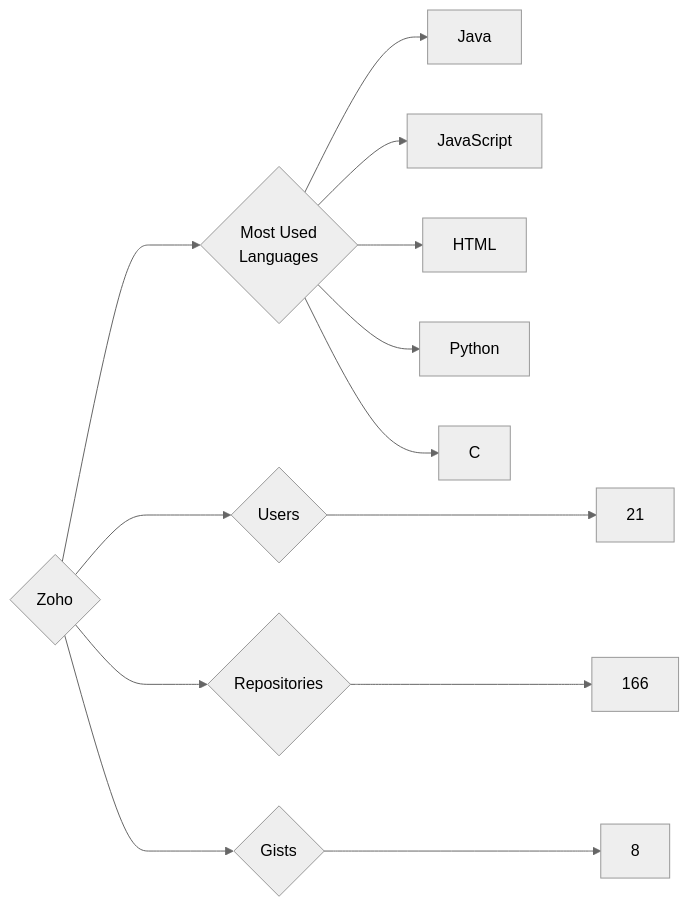
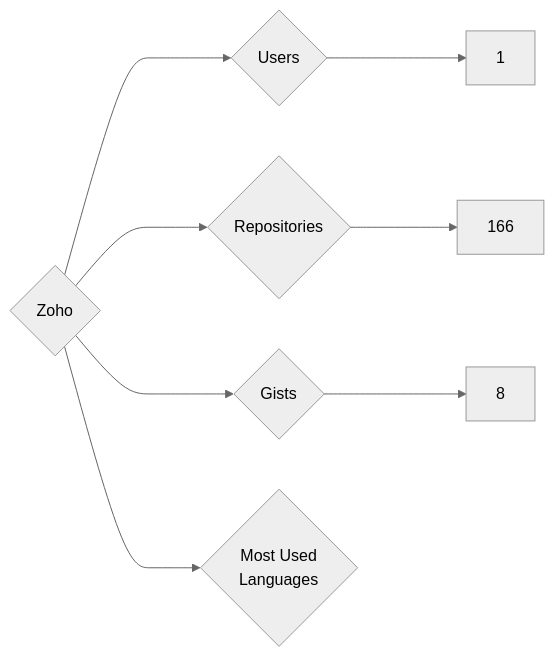
Before and after one commit to trickest/insiders: the diagram in targets/Zoho/README.md, drawn with Mermaid (neutral theme). The commit also changed 823 other files, not shown here.

````diff
--- a/targets/Zoho/README.md
+++ b/targets/Zoho/README.md
@@ -3,13 +3,8 @@
 ```mermaid
 graph LR
 COMPANY_NAME{Zoho}
-COMPANY_NAME ---> U{Users} ---> UN[21]
+COMPANY_NAME ---> U{Users} ---> UN[1]
 COMPANY_NAME ---> R{Repositories} ---> RN[166]
 COMPANY_NAME ---> G{Gists} ---> GN[8]
 COMPANY_NAME ---> ML{Most Used<br>Languages}
-ML --> Java[Java]
-ML --> JavaScript[JavaScript]
-ML --> HTML[HTML]
-ML --> Python[Python]
-ML --> C[C]
 ```
````
